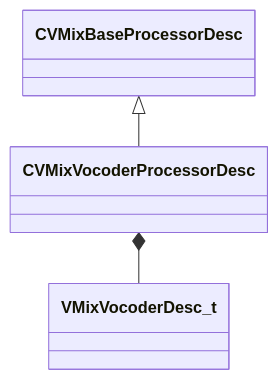
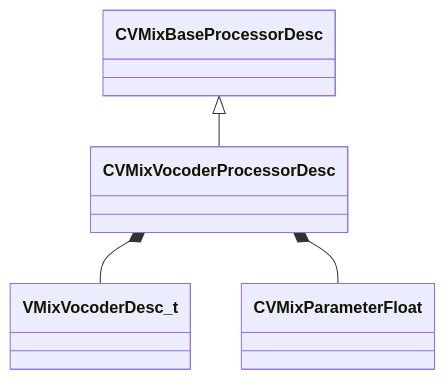
One commit to CS2OpenDev/CS2OpenDev-Docs changed the diagram in docs/generated/schemas/soundsystem_lowlevel/CVMixVocoderProcessorDesc.md. Above: the diagram before and after it, drawn with Mermaid. The commit also changed other lines of this file and 4654 other files, not shown here.

Commit message:
docs: regenerate for SchemaTracker build 25947352 [skip ci]

````diff
--- a/docs/generated/schemas/soundsystem_lowlevel/CVMixVocoderProcessorDesc.md
+++ b/docs/generated/schemas/soundsystem_lowlevel/CVMixVocoderProcessorDesc.md
@@ -19,5 +19,6 @@
 ```mermaid
 classDiagram
     CVMixBaseProcessorDesc <|-- CVMixVocoderProcessorDesc
     CVMixVocoderProcessorDesc *-- VMixVocoderDesc_t
+    CVMixVocoderProcessorDesc *-- CVMixParameterFloat
 ```
````
